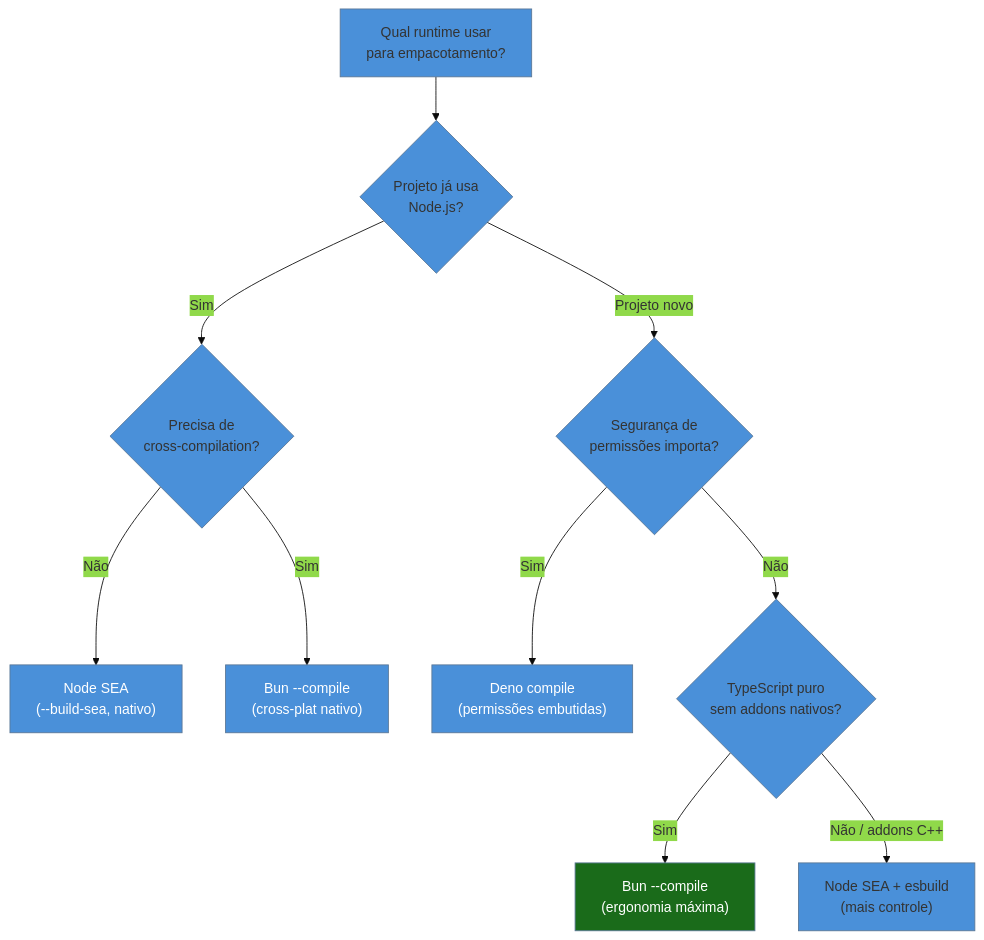
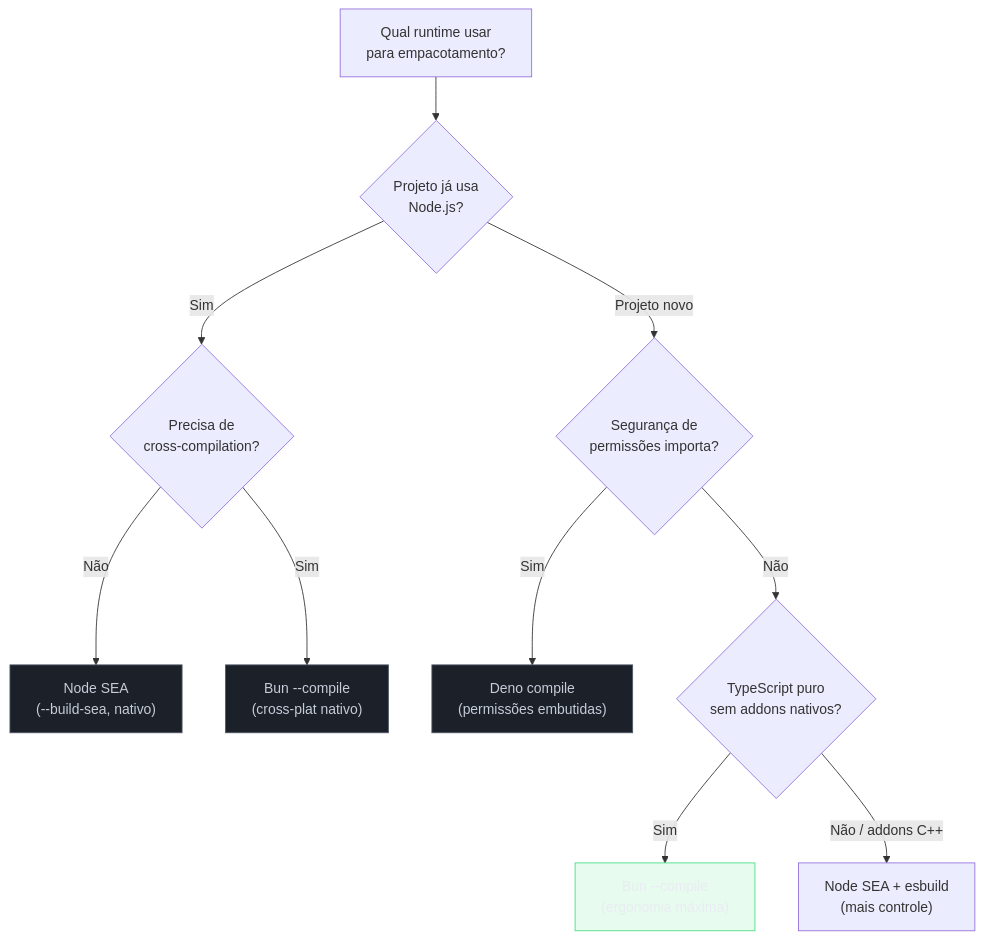
One commit to josenaldo/codex-technomanticus changed the fourth of 6 diagrams in 03-Dominios/Tecnologia/Tooling e Build/22 - Single Executable Apps (SEA) e empacotamento.md. Above: the diagram before and after it, drawn with Mermaid. The commit also changed other lines of this file and 1181 other files, not shown here.

First line of the commit message:
fix(diagramas): paleta do sistema no lugar de cor cravada no markdown

````diff
--- a/03-Dominios/Tecnologia/Tooling e Build/22 - Single Executable Apps (SEA) e empacotamento.md
+++ b/03-Dominios/Tecnologia/Tooling e Build/22 - Single Executable Apps (SEA) e empacotamento.md
@@ -429,21 +432,22 @@
 ```mermaid
-%%{init: {"theme": "base", "themeVariables": {"primaryColor": "#4A90D9"}}}%%
 graph TD
+    classDef neutro fill:#1B2029,stroke:#4E5666,color:#C6CCD8
+    classDef ok fill:#4ADE8021,stroke:#4ADE80,color:#E9ECF2
     Q["Qual runtime usar\npara empacotamento?"]
 
     Q --> R1{"Projeto já usa\nNode.js?"}
     R1 -->|"Sim"| R2{"Precisa de\ncross-compilation?"}
     R2 -->|"Não"| R3["Node SEA\n(--build-sea, nativo)"]
     R2 -->|"Sim"| R4["Bun --compile\n(cross-plat nativo)"]
 
     R1 -->|"Projeto novo"| R5{"Segurança de\npermissões importa?"}
     R5 -->|"Sim"| R6["Deno compile\n(permissões embutidas)"]
     R5 -->|"Não"| R7{"TypeScript puro\nsem addons nativos?"}
     R7 -->|"Sim"| R8["Bun --compile\n(ergonomia máxima)"]
     R7 -->|"Não / addons C++"| R9["Node SEA + esbuild\n(mais controle)"]
 
-    style R3 fill:#4A90D9,color:#fff
-    style R4 fill:#4A90D9,color:#fff
-    style R6 fill:#4A90D9,color:#fff
-    style R8 fill:#1a6b1a,color:#fff
+    class R3 neutro
+    class R4 neutro
+    class R6 neutro
+    class R8 ok
 ```
````
